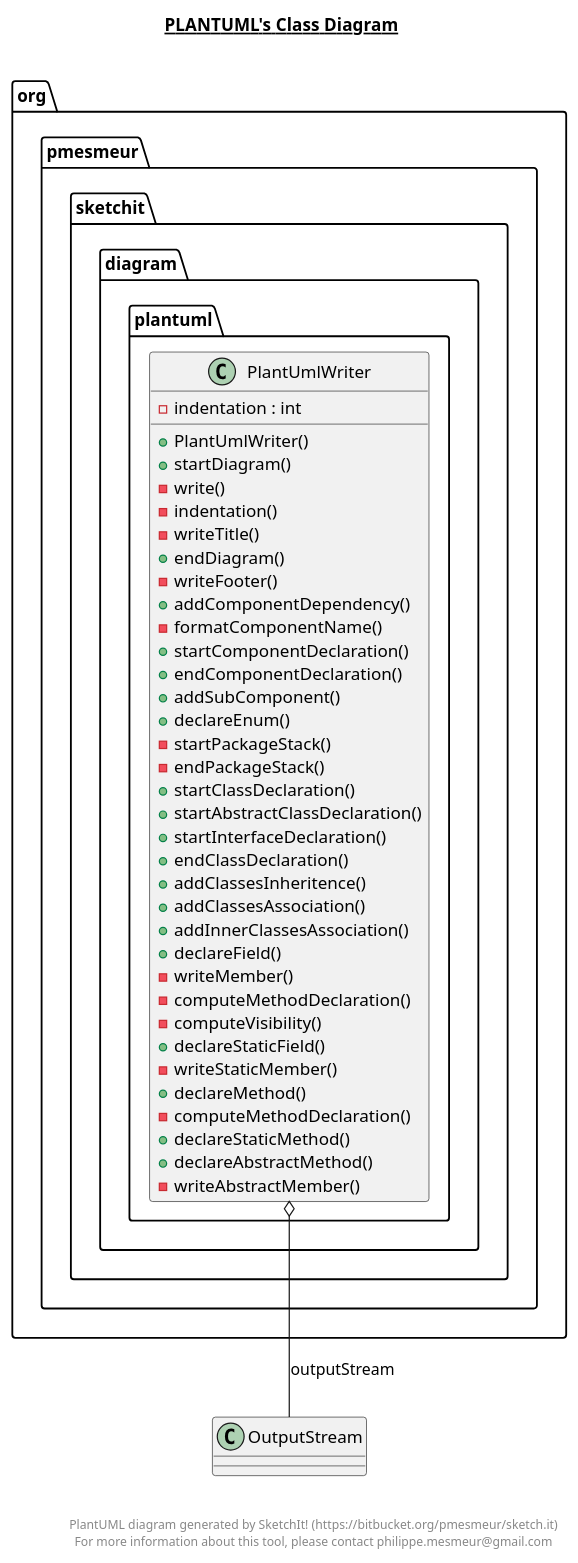
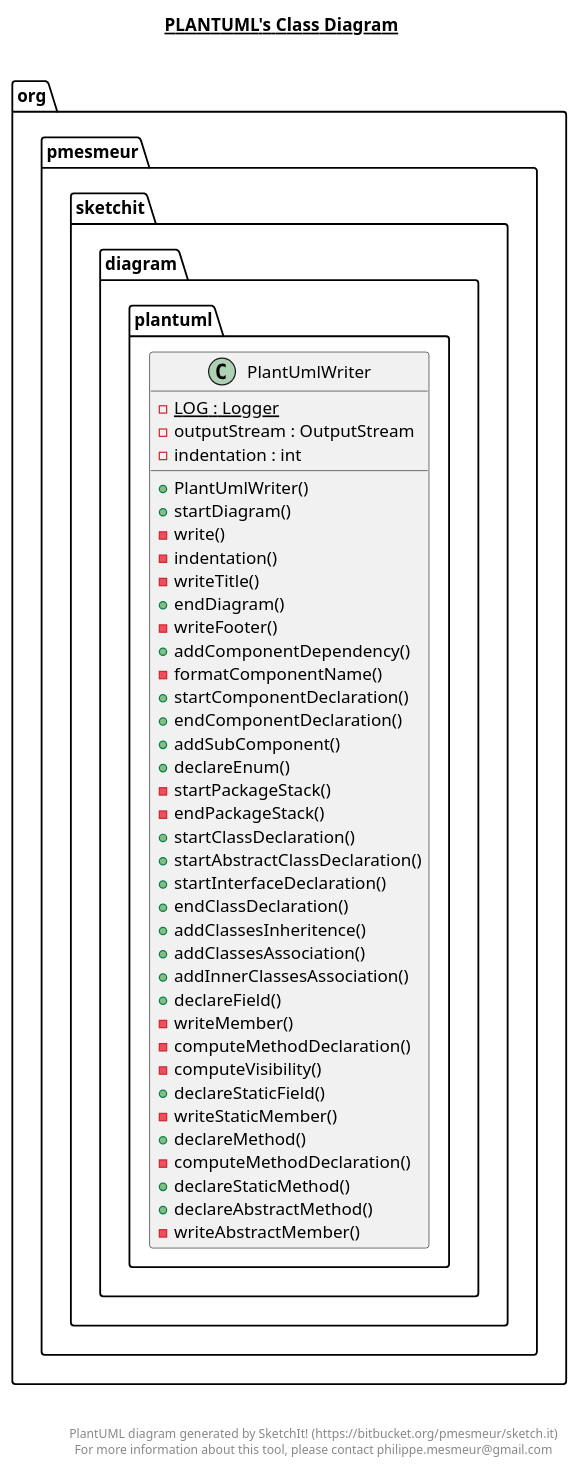
Before and after one commit to bigjimlefou/sketch.it: the diagram in src/org/pmesmeur/sketchit/diagram/plantuml/plantuml.plantuml, drawn with PlantUML. The commit also changed 5 other files, not shown here.

Commit message:
Update UML model

```diff
--- a/src/org/pmesmeur/sketchit/diagram/plantuml/plantuml.plantuml
+++ b/src/org/pmesmeur/sketchit/diagram/plantuml/plantuml.plantuml
@@ -1,59 +1,60 @@
 @startuml
 
 title __PLANTUML's Class Diagram__\n
 
   package org.pmesmeur.sketchit {
     package org.pmesmeur.sketchit.diagram {
       package org.pmesmeur.sketchit.diagram.plantuml {
         class PlantUmlWriter {
+            {static} - LOG : Logger
+            - outputStream : OutputStream
             - indentation : int
             + PlantUmlWriter()
             + startDiagram()
             - write()
             - indentation()
             - writeTitle()
             + endDiagram()
             - writeFooter()
             + addComponentDependency()
             - formatComponentName()
             + startComponentDeclaration()
             + endComponentDeclaration()
             + addSubComponent()
             + declareEnum()
             - startPackageStack()
             - endPackageStack()
             + startClassDeclaration()
             + startAbstractClassDeclaration()
             + startInterfaceDeclaration()
             + endClassDeclaration()
             + addClassesInheritence()
             + addClassesAssociation()
             + addInnerClassesAssociation()
             + declareField()
             - writeMember()
             - computeMethodDeclaration()
             - computeVisibility()
             + declareStaticField()
             - writeStaticMember()
             + declareMethod()
             - computeMethodDeclaration()
             + declareStaticMethod()
             + declareAbstractMethod()
             - writeAbstractMember()
         }
       }
     }
   }
   
 
-  PlantUmlWriter o-- OutputStream : outputStream
 
 
 right footer
 
 
 PlantUML diagram generated by SketchIt! (https://bitbucket.org/pmesmeur/sketch.it)
 For more information about this tool, please contact philippe.mesmeur@gmail.com
 endfooter
 
 @enduml
```
